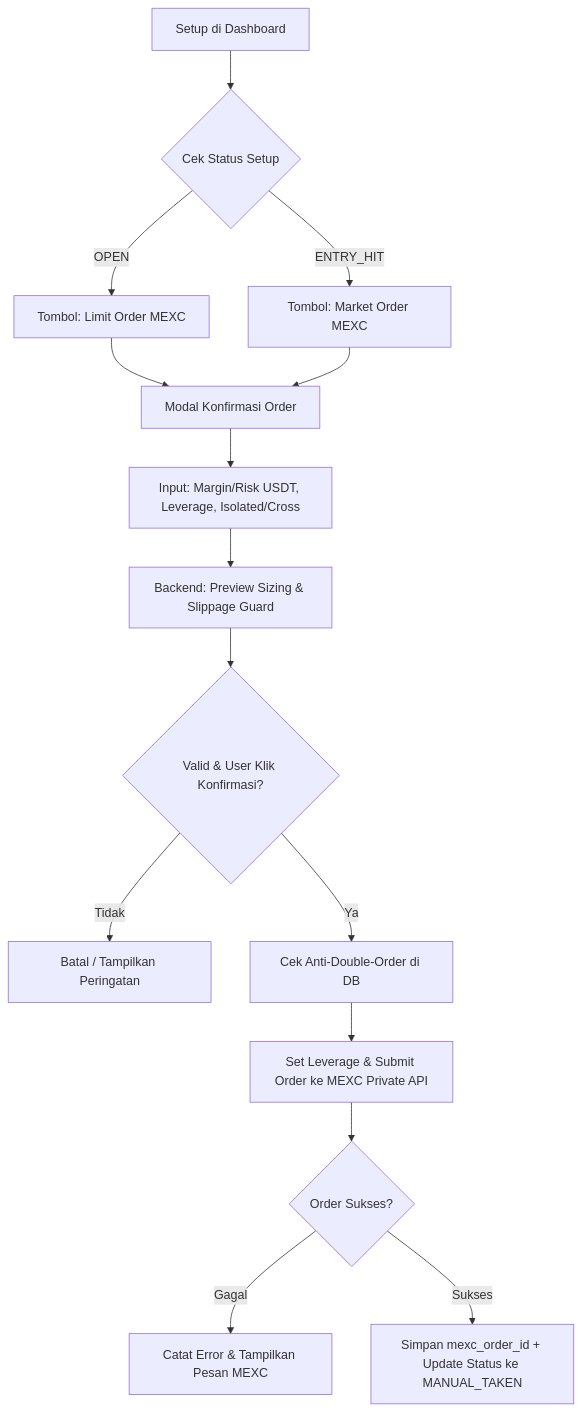
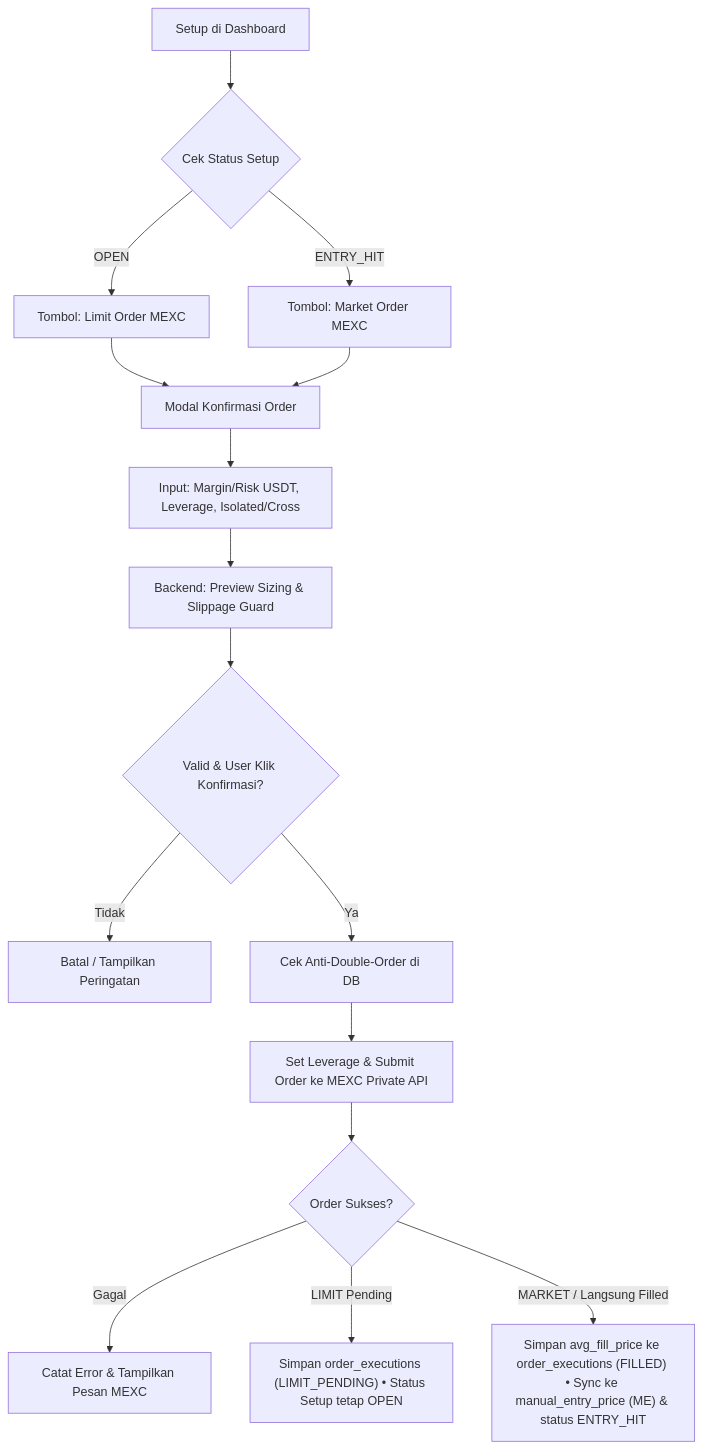
Before and after one commit to ichsanmust/mexc_ai_setup_scanner: the diagram in docs/mexc_order_implementation.md, drawn with Mermaid. The commit also changed other lines of this file and 3 other files, not shown here.

Commit message:
feat: support manual entry price handling and update MEXC order implementation docs

````diff
--- a/docs/mexc_order_implementation.md
+++ b/docs/mexc_order_implementation.md
@@ -46,17 +46,18 @@
 ```mermaid
 flowchart TD
     A["Setup di Dashboard"] --> B{"Cek Status Setup"}
     B -- "OPEN" --> C["Tombol: Limit Order MEXC"]
     B -- "ENTRY_HIT" --> D["Tombol: Market Order MEXC"]
     C --> E["Modal Konfirmasi Order"]
     D --> E
     E --> F["Input: Margin/Risk USDT, Leverage, Isolated/Cross"]
     F --> G["Backend: Preview Sizing & Slippage Guard"]
     G --> H{"Valid & User Klik Konfirmasi?"}
     H -- "Tidak" --> I["Batal / Tampilkan Peringatan"]
     H -- "Ya" --> J["Cek Anti-Double-Order di DB"]
     J --> K["Set Leverage & Submit Order ke MEXC Private API"]
     K --> L{"Order Sukses?"}
     L -- "Gagal" --> M["Catat Error & Tampilkan Pesan MEXC"]
-    L -- "Sukses" --> N["Simpan mexc_order_id + Update Status ke MANUAL_TAKEN"]
+    L -- "LIMIT Pending" --> N["Simpan order_executions (LIMIT_PENDING) • Status Setup tetap OPEN"]
+    L -- "MARKET / Langsung Filled" --> O["Simpan avg_fill_price ke order_executions (FILLED) • Sync ke manual_entry_price (ME) & status ENTRY_HIT"]
 ```
````
